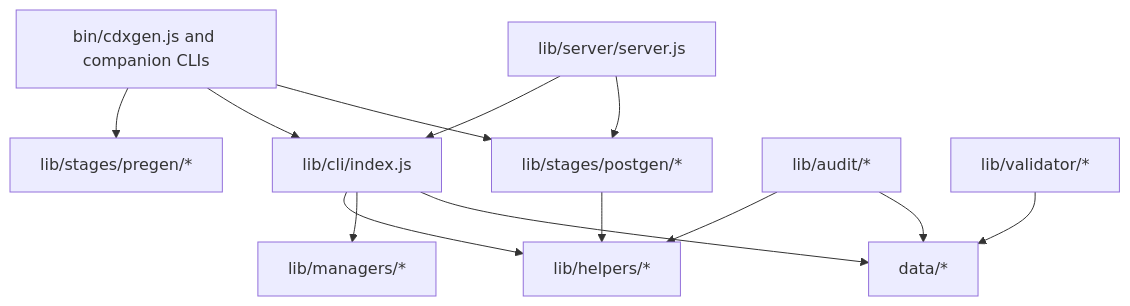
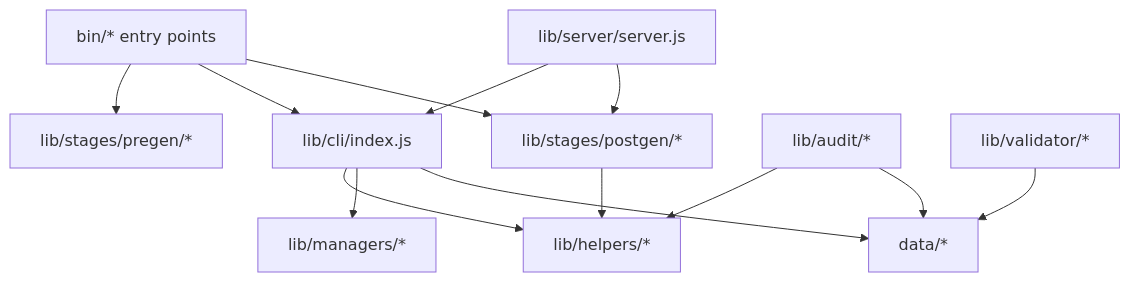
Before and after one commit to cdxgen/cdxgen: the first of 2 diagrams in docs/ARCHITECTURE.md, drawn with Mermaid. The commit also changed other lines of this file and 9 other files, not shown here.

````diff
--- a/docs/ARCHITECTURE.md
+++ b/docs/ARCHITECTURE.md
@@ -71,26 +72,26 @@
 ```mermaid
 flowchart TD
-    BIN[bin/cdxgen.js and companion CLIs]
+    BIN[bin/* entry points]
     SERVER[lib/server/server.js]
     CLI[lib/cli/index.js]
     HELPERS[lib/helpers/*]
     MANAGERS[lib/managers/*]
     PREGEN[lib/stages/pregen/*]
     POSTGEN[lib/stages/postgen/*]
     AUDIT[lib/audit/*]
     VALIDATOR[lib/validator/*]
     DATA[data/*]
 
     BIN --> PREGEN
     BIN --> CLI
     SERVER --> CLI
     CLI --> HELPERS
     CLI --> MANAGERS
     CLI --> DATA
     BIN --> POSTGEN
     SERVER --> POSTGEN
     POSTGEN --> HELPERS
     AUDIT --> HELPERS
     AUDIT --> DATA
     VALIDATOR --> DATA
 ```
````
